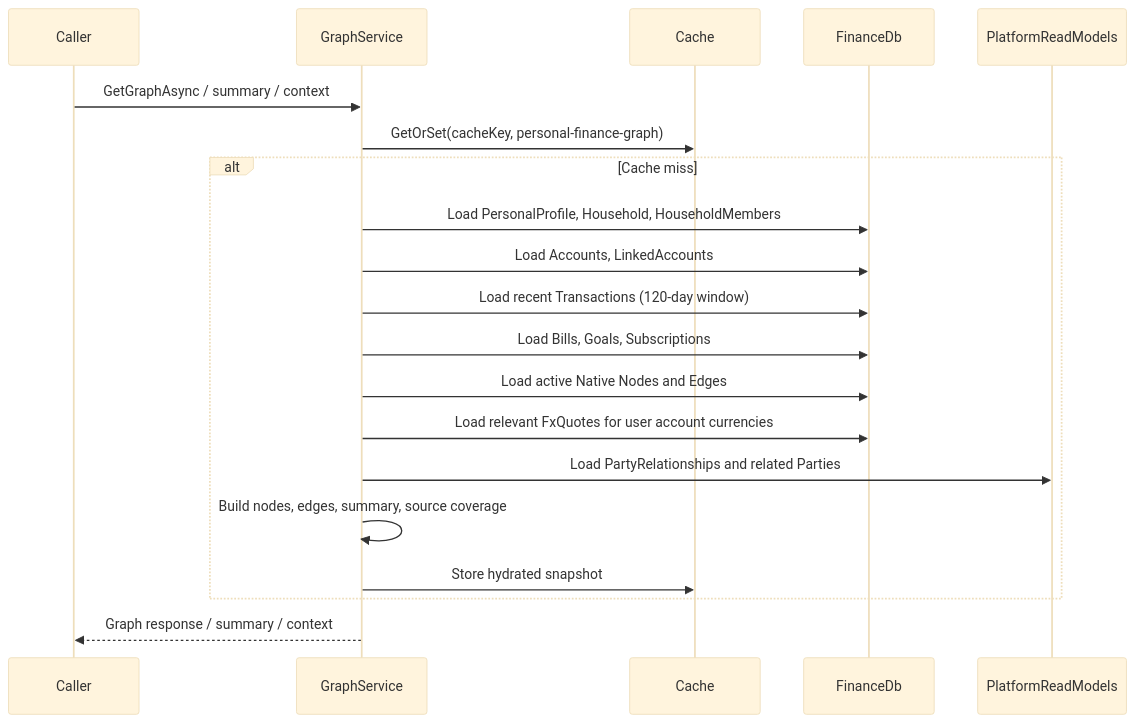
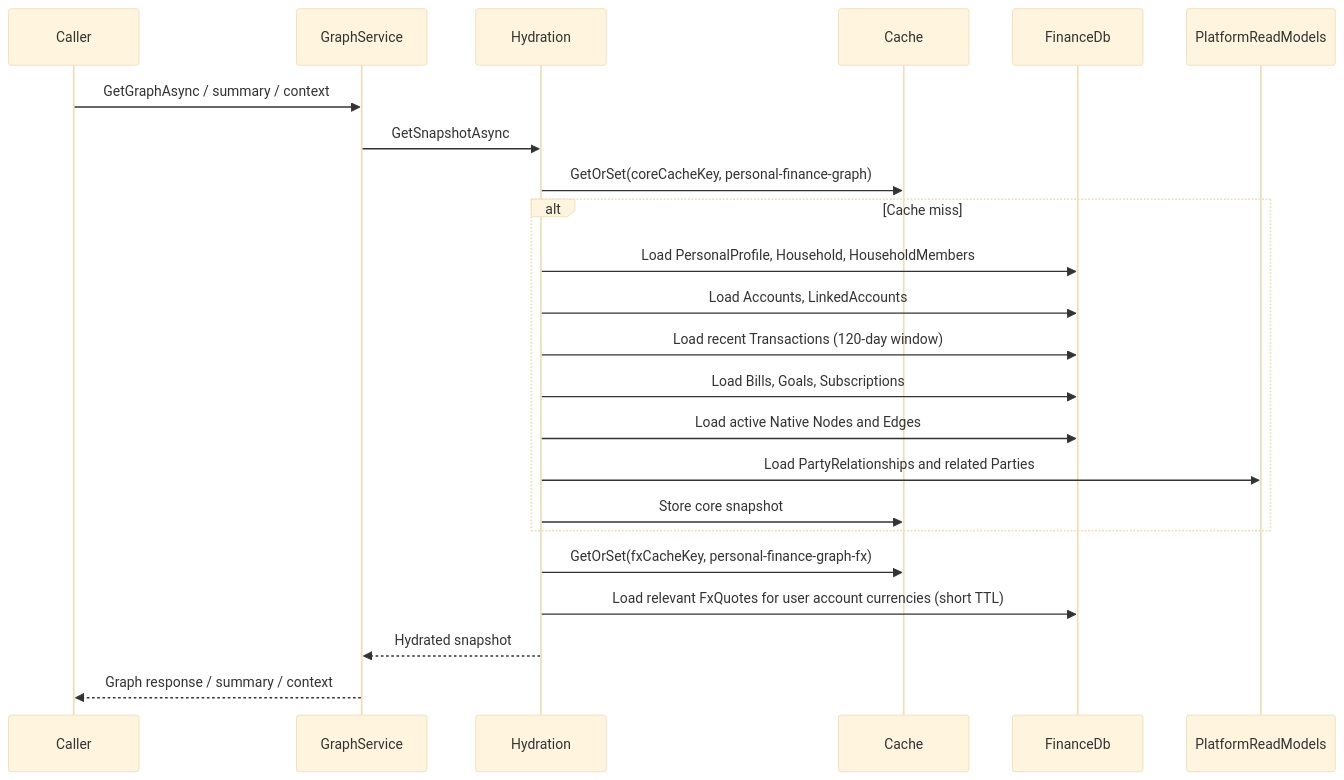
One commit to michaeljosiah/aonik changed the second of 4 diagrams in docs/features/financial-life-graph.md. Above: the diagram before and after it, drawn with Mermaid (base theme). The commit also changed other lines of this file and 36 other files, not shown here.

Commit message:
update(personal-finance): refine financial life graph design

````diff
--- a/docs/features/financial-life-graph.md
+++ b/docs/features/financial-life-graph.md
@@ -102,23 +106,26 @@
 ```mermaid
 sequenceDiagram
     participant Caller
     participant GraphService
+    participant Hydration
     participant Cache
     participant FinanceDb
     participant PlatformReadModels
 
     Caller->>GraphService: GetGraphAsync / summary / context
-    GraphService->>Cache: GetOrSet(cacheKey, personal-finance-graph)
+    GraphService->>Hydration: GetSnapshotAsync
+    Hydration->>Cache: GetOrSet(coreCacheKey, personal-finance-graph)
     alt Cache miss
-        GraphService->>FinanceDb: Load PersonalProfile, Household, HouseholdMembers
-        GraphService->>FinanceDb: Load Accounts, LinkedAccounts
-        GraphService->>FinanceDb: Load recent Transactions (120-day window)
-        GraphService->>FinanceDb: Load Bills, Goals, Subscriptions
-        GraphService->>FinanceDb: Load active Native Nodes and Edges
-        GraphService->>FinanceDb: Load relevant FxQuotes for user account currencies
-        GraphService->>PlatformReadModels: Load PartyRelationships and related Parties
-        GraphService->>GraphService: Build nodes, edges, summary, source coverage
-        GraphService->>Cache: Store hydrated snapshot
+        Hydration->>FinanceDb: Load PersonalProfile, Household, HouseholdMembers
+        Hydration->>FinanceDb: Load Accounts, LinkedAccounts
+        Hydration->>FinanceDb: Load recent Transactions (120-day window)
+        Hydration->>FinanceDb: Load Bills, Goals, Subscriptions
+        Hydration->>FinanceDb: Load active Native Nodes and Edges
+        Hydration->>PlatformReadModels: Load PartyRelationships and related Parties
+        Hydration->>Cache: Store core snapshot
     end
+    Hydration->>Cache: GetOrSet(fxCacheKey, personal-finance-graph-fx)
+    Hydration->>FinanceDb: Load relevant FxQuotes for user account currencies (short TTL)
+    Hydration-->>GraphService: Hydrated snapshot
     GraphService-->>Caller: Graph response / summary / context
 ```
````
